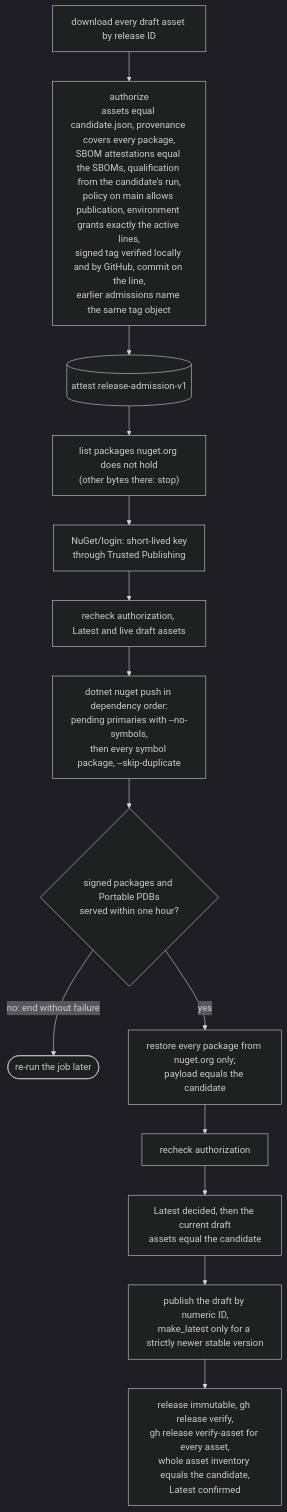
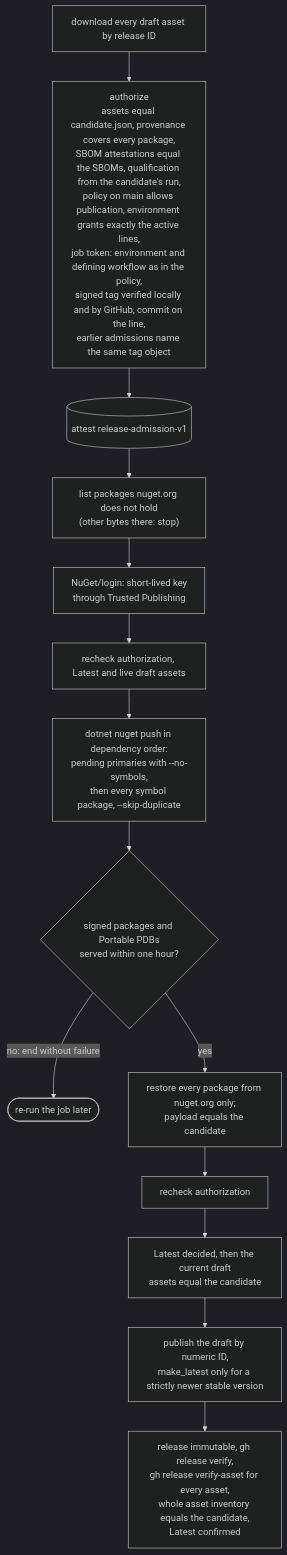
Before and after one commit to doka-labs/workflows: diagram 13 of 19 in docs/overview.md, drawn with Mermaid (dark theme). The commit also changed other lines of this file and 9 other files, not shown here.

First line of the commit message:
fix(release): publish through an action the product job calls (#12)

````diff
--- a/docs/overview.md
+++ b/docs/overview.md
@@ -340,16 +347,16 @@
 ```mermaid
 flowchart TB
-  dl["download every draft asset by release ID"] --> auth["authorize<br/>assets equal candidate.json, provenance covers every package,<br/>SBOM attestations equal the SBOMs, qualification from the candidate's run,<br/>policy on main allows publication, environment grants exactly the active lines,<br/>signed tag verified locally and by GitHub, commit on the line,<br/>earlier admissions name the same tag object"]
+  dl["download every draft asset by release ID"] --> auth["authorize<br/>assets equal candidate.json, provenance covers every package,<br/>SBOM attestations equal the SBOMs, qualification from the candidate's run,<br/>policy on main allows publication, environment grants exactly the active lines,<br/>job token: environment and defining workflow as in the policy,<br/>signed tag verified locally and by GitHub, commit on the line,<br/>earlier admissions name the same tag object"]
   auth --> adm[("attest release-admission-v1")]
   adm --> pending["list packages nuget.org does not hold<br/>(other bytes there: stop)"]
   pending --> login["NuGet/login: short-lived key<br/>through Trusted Publishing"]
   login --> recheck["recheck authorization, Latest and live draft assets"]
   recheck --> push["dotnet nuget push in dependency order:<br/>pending primaries with --no-symbols,<br/>then every symbol package, --skip-duplicate"]
   push --> readback{"signed packages and Portable PDBs<br/>served within one hour?"}
   readback -- "no: end without failure" --> rerun(["re-run the job later"])
   readback -- yes --> consumer["restore every package from nuget.org only;<br/>payload equals the candidate"]
   consumer --> recheck2["recheck authorization"]
   recheck2 --> cur["Latest decided, then the current draft<br/>assets equal the candidate"]
   cur --> rel["publish the draft by numeric ID,<br/>make_latest only for a strictly newer stable version"]
   rel --> verify["release immutable, gh release verify,<br/>gh release verify-asset for every asset,<br/>whole asset inventory equals the candidate,<br/>Latest confirmed"]
 ```
````
